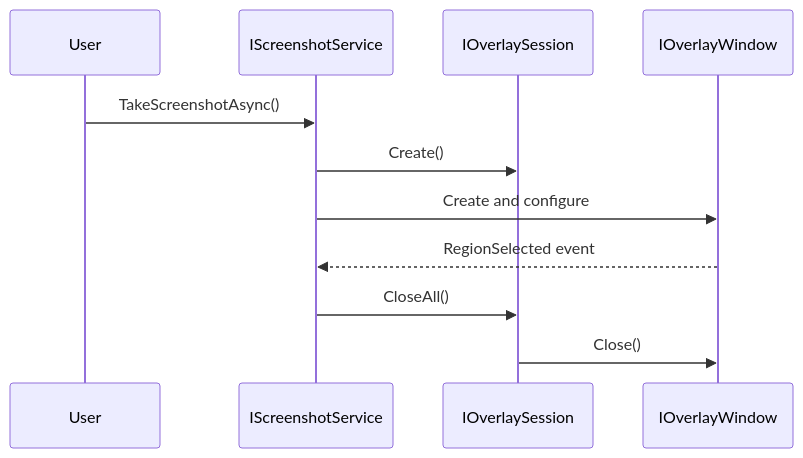
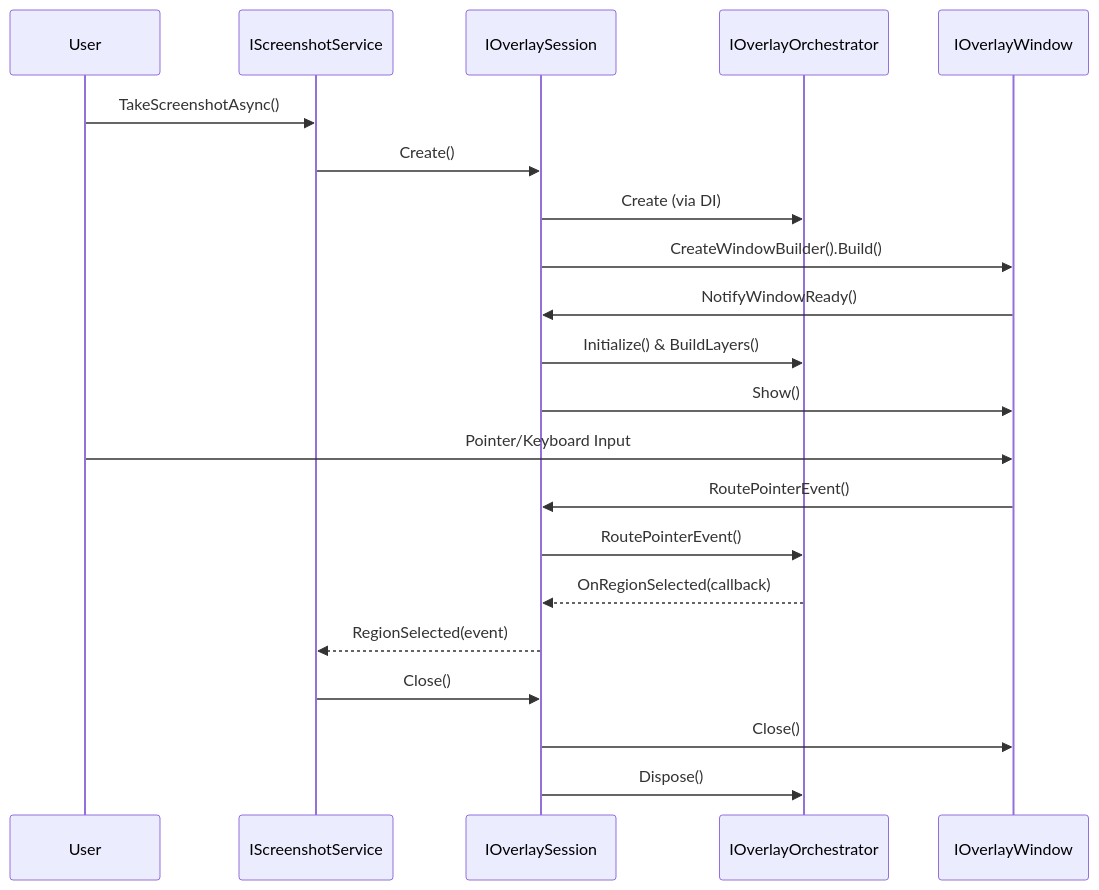
The diagram in docs/overlay-system-architecture.md (AGIBuild/AGI.Kapster), drawn with Mermaid before and after one commit. The commit also changed other lines of this file and 20 other files, not shown here.

````diff
--- a/docs/overlay-system-architecture.md
+++ b/docs/overlay-system-architecture.md
@@ -187,14 +262,26 @@
 ```mermaid
 sequenceDiagram
     participant User
     participant Service as IScreenshotService
     participant Session as IOverlaySession
+    participant Orchestrator as IOverlayOrchestrator
     participant Window as IOverlayWindow
     
     User->>Service: TakeScreenshotAsync()
     Service->>Session: Create()
-    Service->>Window: Create and configure
-    Window-->>Service: RegionSelected event
-    Service->>Session: CloseAll()
+    Session->>Orchestrator: Create (via DI)
+    Session->>Window: CreateWindowBuilder().Build()
+    Window->>Session: NotifyWindowReady()
+    Session->>Orchestrator: Initialize() & BuildLayers()
+    Session->>Window: Show()
+    
+    User->>Window: Pointer/Keyboard Input
+    Window->>Session: RoutePointerEvent()
+    Session->>Orchestrator: RoutePointerEvent()
+    Orchestrator-->>Session: OnRegionSelected(callback)
+    Session-->>Service: RegionSelected(event)
+    
+    Service->>Session: Close()
     Session->>Window: Close()
+    Session->>Orchestrator: Dispose()
 ```
````
